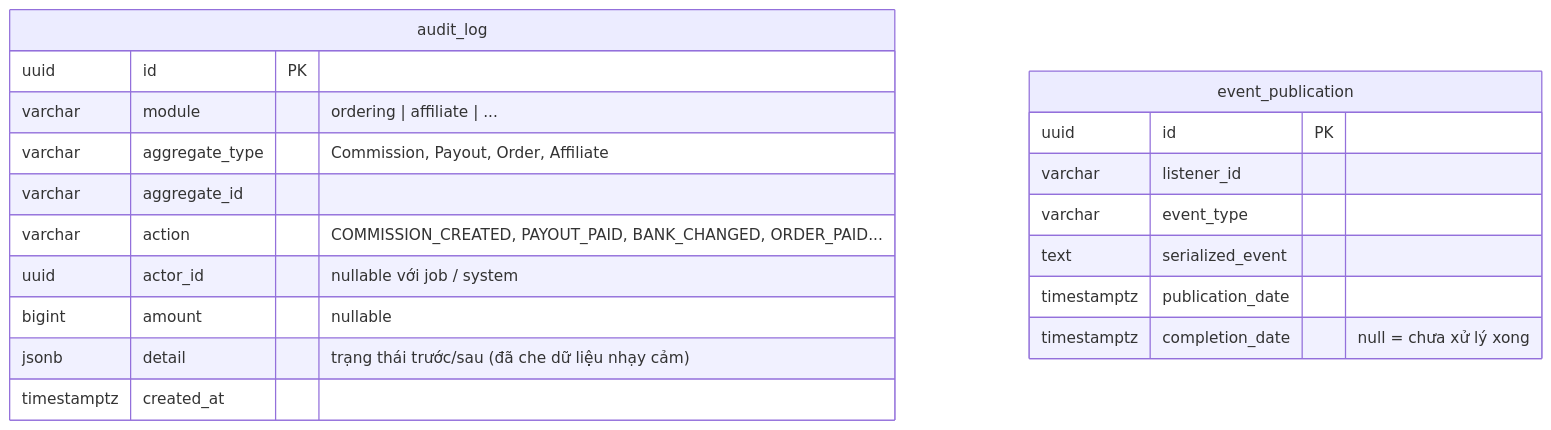
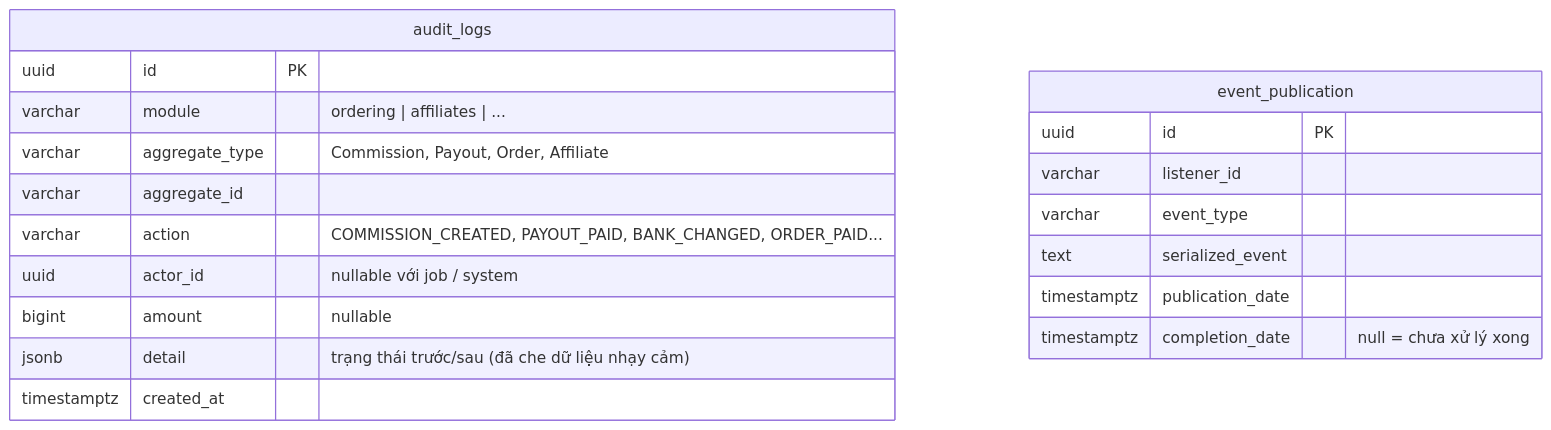
One commit to Vietnguyen203/Hwingroupweb changed the sixth of 6 diagrams in docs/02-erd.md. Above: the diagram before and after it, drawn with Mermaid. The commit also changed other lines of this file and 415 other files, not shown here.

````diff
--- a/docs/02-erd.md
+++ b/docs/02-erd.md
@@ -445,23 +445,23 @@
 ```mermaid
 erDiagram
-    audit_log {
+    audit_logs {
         uuid id PK
-        varchar module "ordering | affiliate | ..."
+        varchar module "ordering | affiliates | ..."
         varchar aggregate_type "Commission, Payout, Order, Affiliate"
         varchar aggregate_id
         varchar action "COMMISSION_CREATED, PAYOUT_PAID, BANK_CHANGED, ORDER_PAID..."
         uuid actor_id "nullable với job / system"
         bigint amount "nullable"
         jsonb detail "trạng thái trước/sau (đã che dữ liệu nhạy cảm)"
         timestamptz created_at
     }
 
     event_publication {
         uuid id PK
         varchar listener_id
         varchar event_type
         text serialized_event
         timestamptz publication_date
         timestamptz completion_date "null = chưa xử lý xong"
     }
 ```
````
